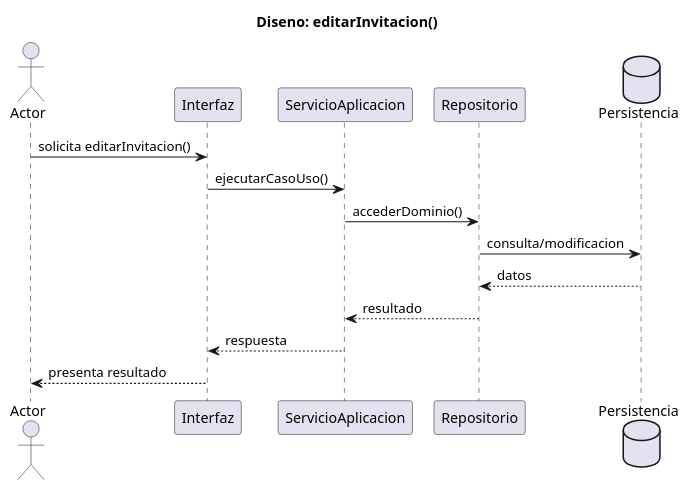
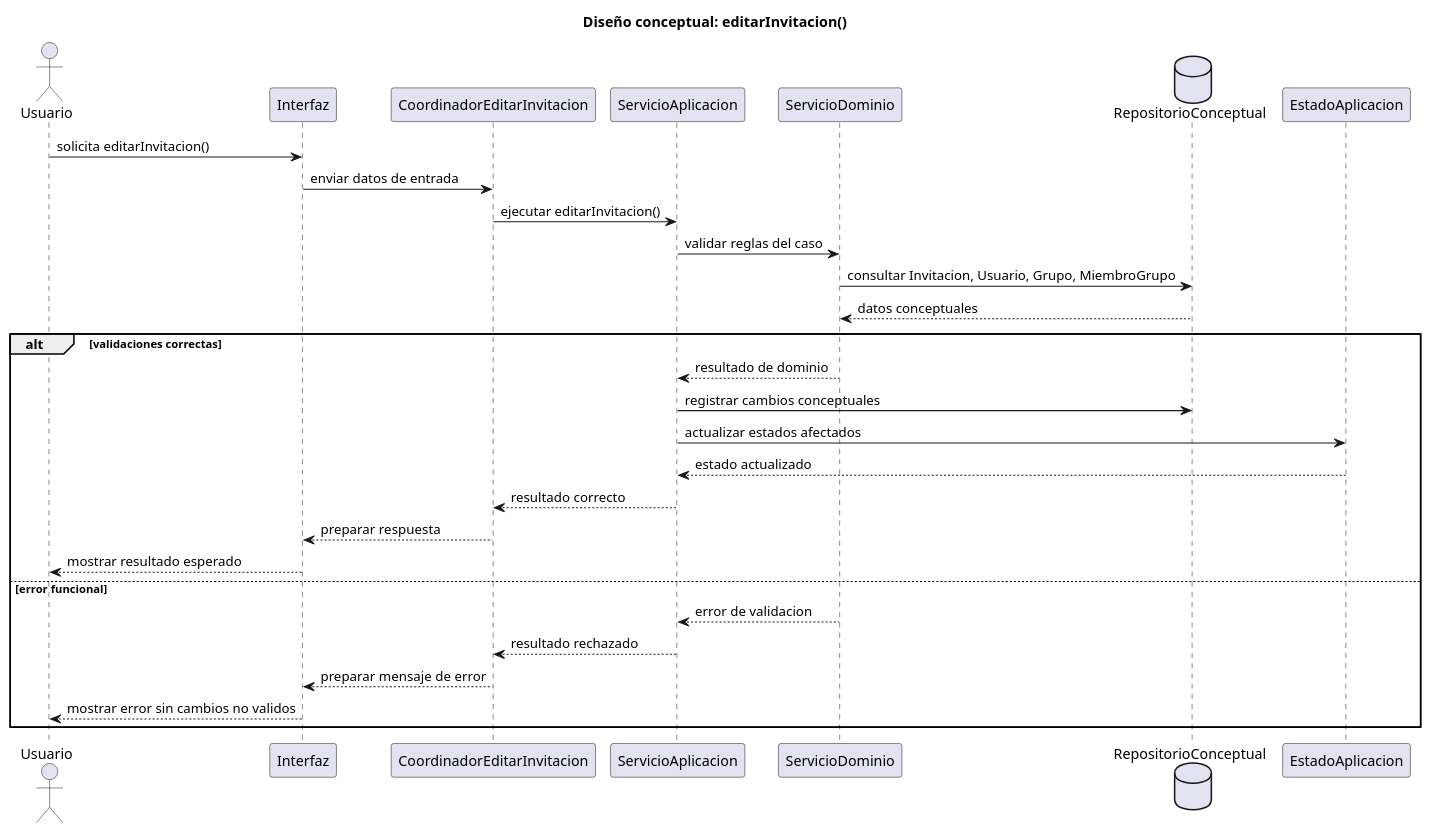
The diagram in documents/RUP/02-diseño/casos-uso/gestion-grupos/editarInvitacion/secuencia.puml (inigovaqueroo04/25-26-idsw2-sdVC), drawn with PlantUML before and after one commit. The commit also changed 55 other files, not shown here.

Commit message:
docs: completar diseño RUP conceptual

```diff
--- a/documents/RUP/02-diseño/casos-uso/gestion-grupos/editarInvitacion/secuencia.puml
+++ b/documents/RUP/02-diseño/casos-uso/gestion-grupos/editarInvitacion/secuencia.puml
@@ -1,19 +1,34 @@
 @startuml editarInvitacion-diseno-secuencia
-actor "Actor" as Actor
-participant "Interfaz" as UI
-participant "ServicioAplicacion" as Servicio
-participant "Repositorio" as Repositorio
-database "Persistencia" as BD
+title Diseño conceptual: editarInvitacion()
 
-title Diseno: editarInvitacion()
+actor "Usuario" as Usuario
+participant "Interfaz" as Interfaz
+participant "CoordinadorEditarInvitacion" as Coordinador
+participant "ServicioAplicacion" as ServicioAplicacion
+participant "ServicioDominio" as ServicioDominio
+database "RepositorioConceptual" as Repositorio
+participant "EstadoAplicacion" as EstadoAplicacion
 
-Actor -> UI : solicita editarInvitacion()
-UI -> Servicio : ejecutarCasoUso()
-Servicio -> Repositorio : accederDominio()
-Repositorio -> BD : consulta/modificacion
-BD --> Repositorio : datos
-Repositorio --> Servicio : resultado
-Servicio --> UI : respuesta
-UI --> Actor : presenta resultado
+Usuario -> Interfaz : solicita editarInvitacion()
+Interfaz -> Coordinador : enviar datos de entrada
+Coordinador -> ServicioAplicacion : ejecutar editarInvitacion()
+ServicioAplicacion -> ServicioDominio : validar reglas del caso
+ServicioDominio -> Repositorio : consultar Invitacion, Usuario, Grupo, MiembroGrupo
+Repositorio --> ServicioDominio : datos conceptuales
+
+alt validaciones correctas
+  ServicioDominio --> ServicioAplicacion : resultado de dominio
+  ServicioAplicacion -> Repositorio : registrar cambios conceptuales
+  ServicioAplicacion -> EstadoAplicacion : actualizar estados afectados
+  EstadoAplicacion --> ServicioAplicacion : estado actualizado
+  ServicioAplicacion --> Coordinador : resultado correcto
+  Coordinador --> Interfaz : preparar respuesta
+  Interfaz --> Usuario : mostrar resultado esperado
+else error funcional
+  ServicioDominio --> ServicioAplicacion : error de validacion
+  ServicioAplicacion --> Coordinador : resultado rechazado
+  Coordinador --> Interfaz : preparar mensaje de error
+  Interfaz --> Usuario : mostrar error sin cambios no validos
+end
 
 @enduml
```
